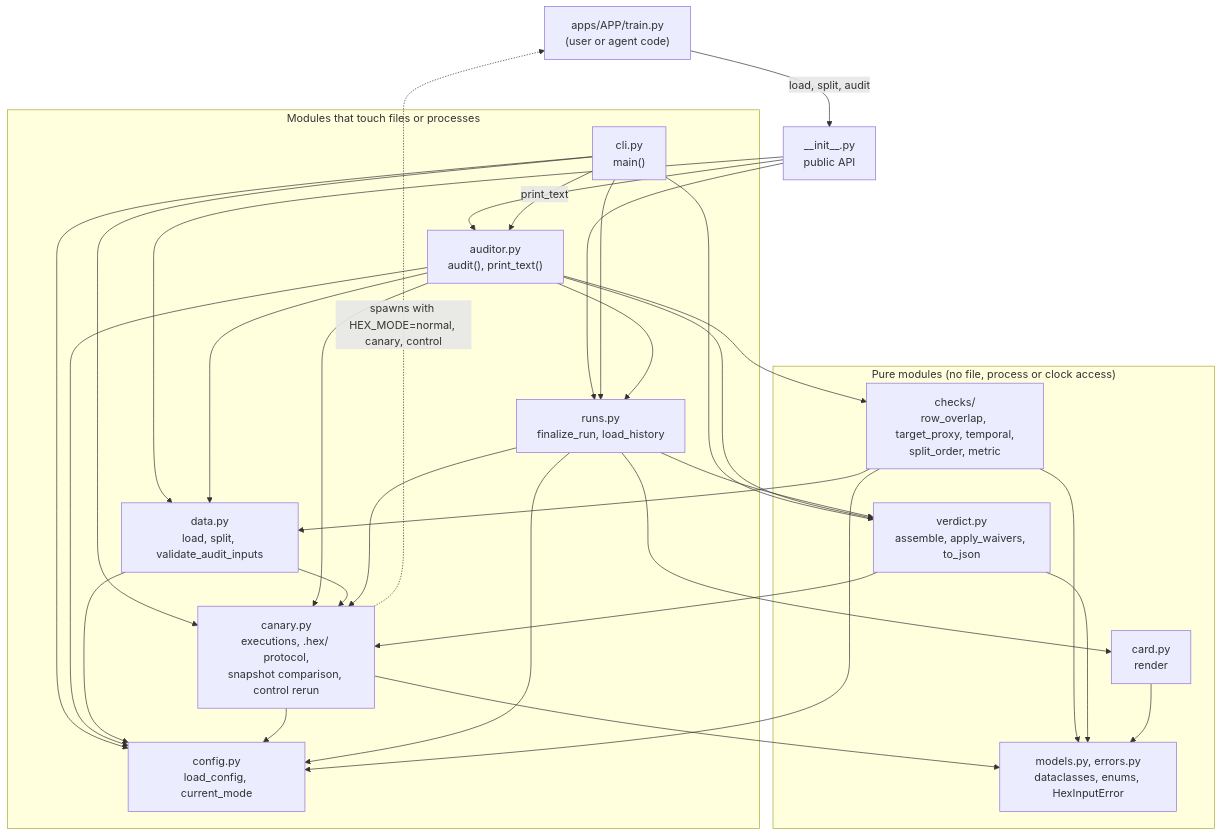
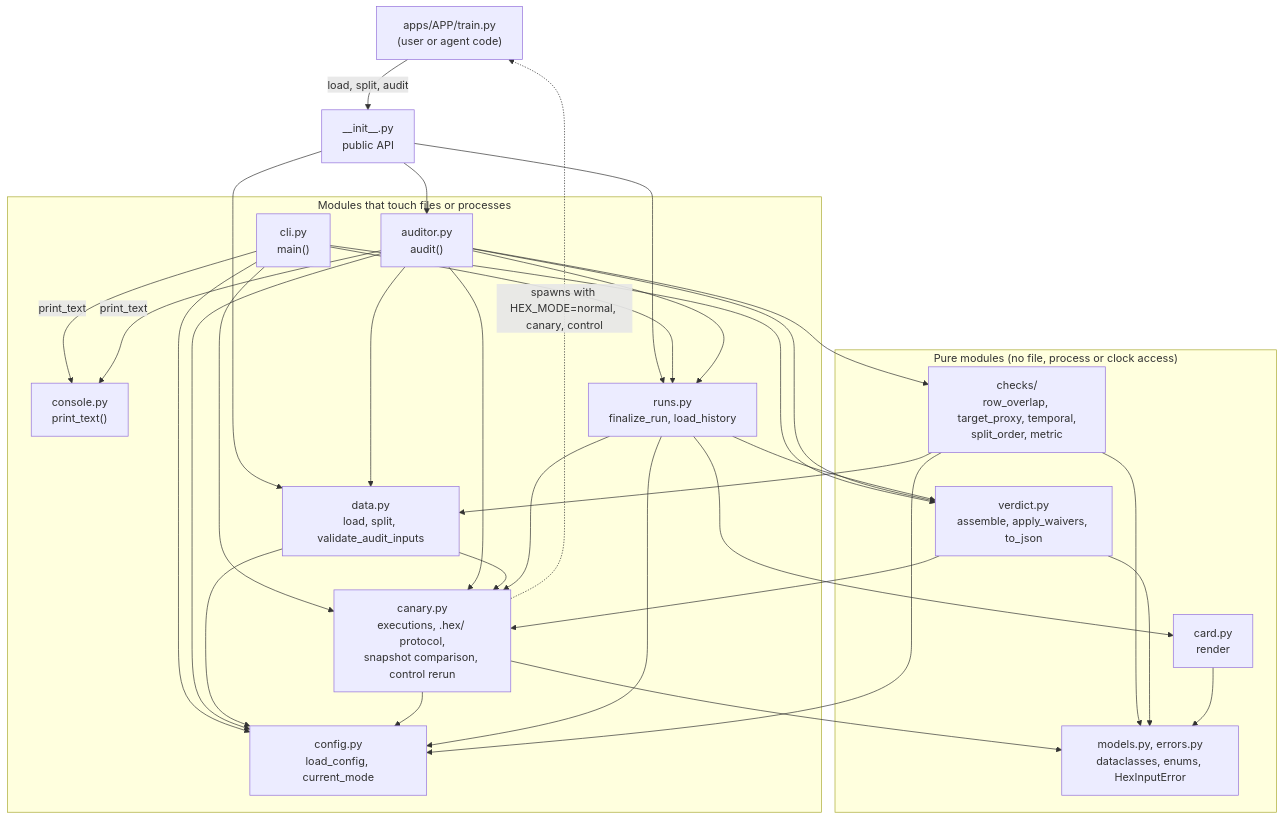
Before and after one commit to jegadeesh17/hexperiment: the first of 2 diagrams in .kiro/specs/hexperiment-core/design.md, drawn with Mermaid. The commit also changed other lines of this file and 1 other file, not shown here.

Commit message:
docs(spec): move print_text to the console module in the design

````diff
--- a/.kiro/specs/hexperiment-core/design.md
+++ b/.kiro/specs/hexperiment-core/design.md
@@ -45,57 +45,59 @@
 ```mermaid
 flowchart TB
     TRAIN["apps/APP/train.py<br/>(user or agent code)"]
     API["__init__.py<br/>public API"]
 
     subgraph EDGES["Modules that touch files or processes"]
         CLI["cli.py<br/>main()"]
-        AUD["auditor.py<br/>audit(), print_text()"]
+        AUD["auditor.py<br/>audit()"]
+        CON["console.py<br/>print_text()"]
         DATA["data.py<br/>load, split, validate_audit_inputs"]
         CFG["config.py<br/>load_config, current_mode"]
         CAN["canary.py<br/>executions, .hex/ protocol,<br/>snapshot comparison, control rerun"]
         RUNS["runs.py<br/>finalize_run, load_history"]
     end
 
     subgraph PURE["Pure modules (no file, process or clock access)"]
         CHK["checks/<br/>row_overlap, target_proxy, temporal,<br/>split_order, metric"]
         VER["verdict.py<br/>assemble, apply_waivers, to_json"]
         CARD["card.py<br/>render"]
         MOD["models.py, errors.py<br/>dataclasses, enums, HexInputError"]
     end
 
     TRAIN -->|"load, split, audit"| API
     API --> DATA
     API --> AUD
     API --> RUNS
 
     CLI --> CFG
     CLI --> CAN
     CLI --> RUNS
     CLI --> VER
-    CLI -->|"print_text"| AUD
+    CLI -->|"print_text"| CON
+    AUD -->|"print_text"| CON
 
     AUD --> CFG
     AUD --> DATA
     AUD --> CHK
     AUD --> CAN
     AUD --> RUNS
     AUD --> VER
 
     DATA --> CFG
     DATA --> CAN
     CAN --> CFG
     CAN -. "spawns with HEX_MODE=normal, canary, control" .-> TRAIN
 
     RUNS --> CFG
     RUNS --> CAN
     RUNS --> VER
     RUNS --> CARD
 
     CHK --> CFG
     CHK --> DATA
     CHK --> MOD
     VER --> CAN
     VER --> MOD
     CARD --> MOD
     CAN --> MOD
 ```
````
